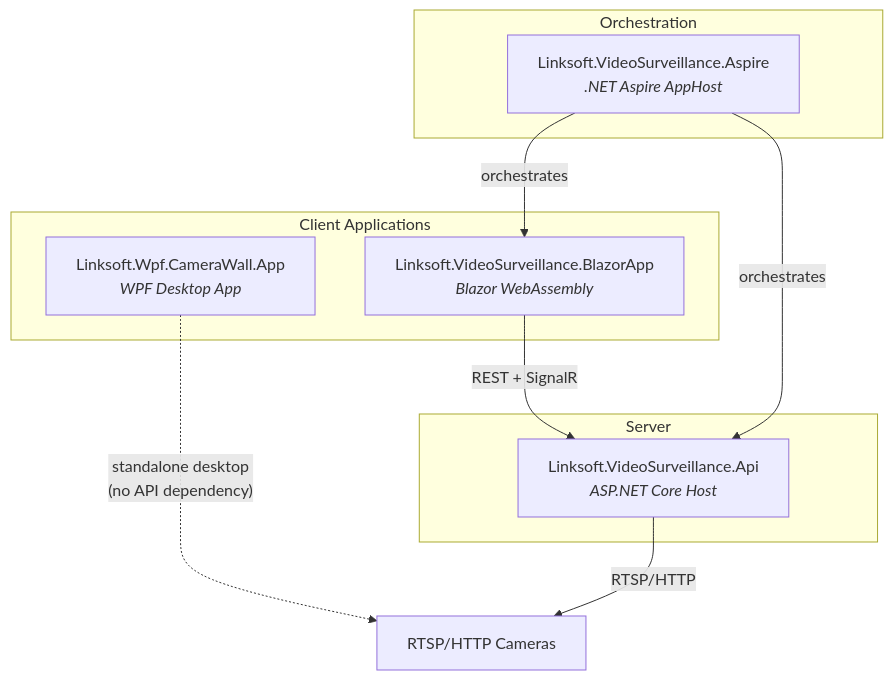
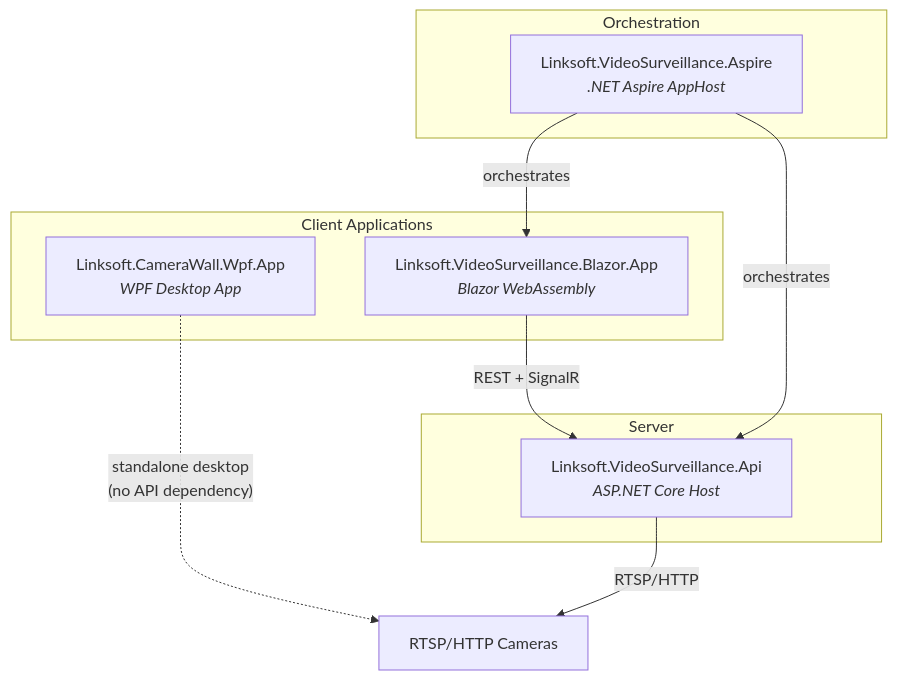
One commit to davidkallesen/Linksoft.VideoSurveillance changed the first of 8 diagrams in docs/architecture.md. Above: the diagram before and after it, drawn with Mermaid. The commit also changed other lines of this file and 406 other files, not shown here.

````diff
--- a/docs/architecture.md
+++ b/docs/architecture.md
@@ -7,22 +7,22 @@
 ```mermaid
 graph TB
     subgraph Clients["Client Applications"]
-        WPF["Linksoft.Wpf.CameraWall.App<br/><i>WPF Desktop App</i>"]
-        Blazor["Linksoft.VideoSurveillance.BlazorApp<br/><i>Blazor WebAssembly</i>"]
+        WPF["Linksoft.CameraWall.Wpf.App<br/><i>WPF Desktop App</i>"]
+        Blazor["Linksoft.VideoSurveillance.Blazor.App<br/><i>Blazor WebAssembly</i>"]
     end
 
     subgraph Server["Server"]
         API["Linksoft.VideoSurveillance.Api<br/><i>ASP.NET Core Host</i>"]
     end
 
     subgraph Orchestration
         Aspire["Linksoft.VideoSurveillance.Aspire<br/><i>.NET Aspire AppHost</i>"]
     end
 
     Blazor -- "REST + SignalR" --> API
     Aspire -- "orchestrates" --> API
     Aspire -- "orchestrates" --> Blazor
 
     WPF -. "standalone desktop<br/>(no API dependency)" .-> Cameras["RTSP/HTTP Cameras"]
     API -- "RTSP/HTTP" --> Cameras
 ```
````
